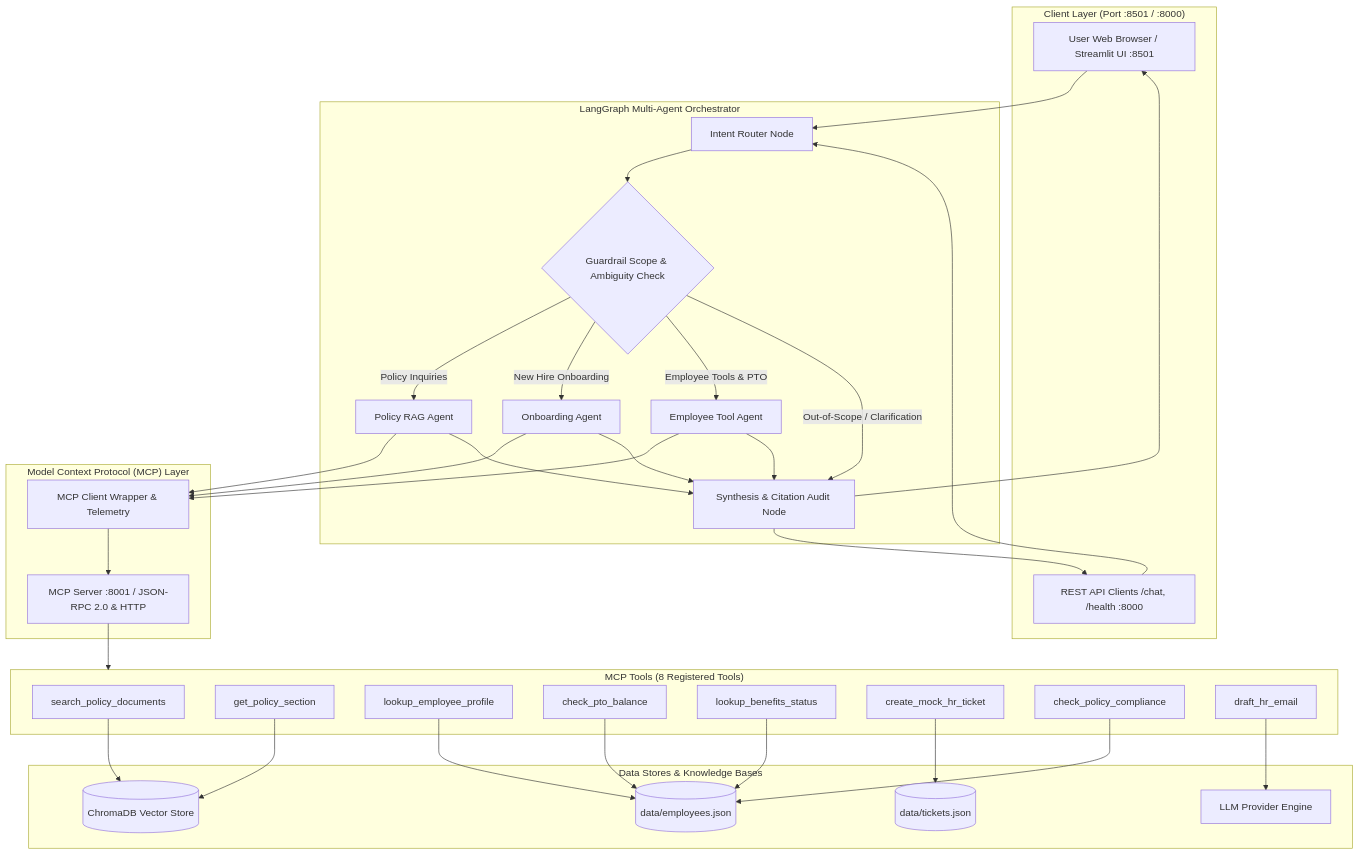
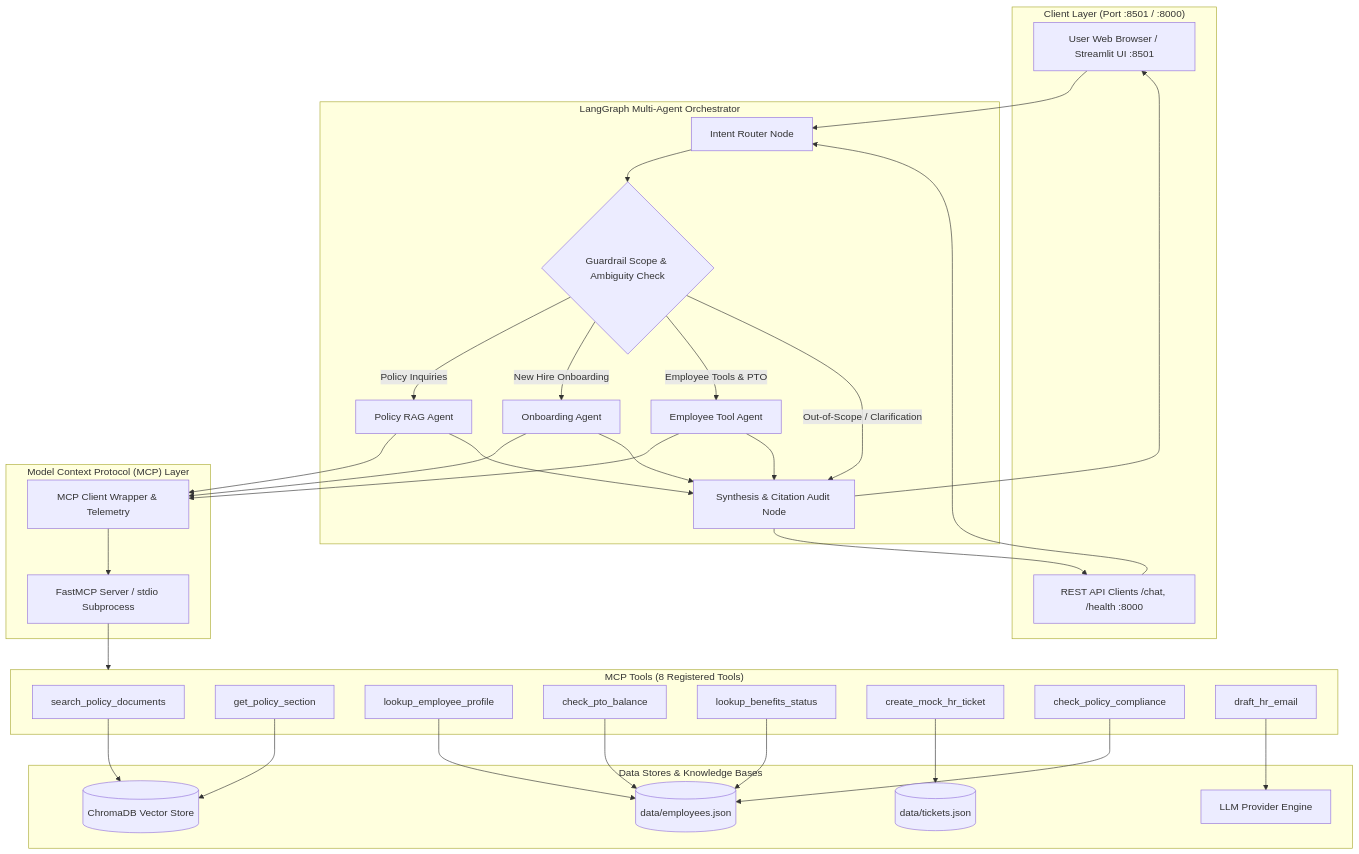
Before and after one commit to brettmorinaka/msaie-agentic-HR: the diagram in design-and-evaluation.md, drawn with Mermaid. The commit also changed other lines of this file and 19 other files, not shown here.

````diff
--- a/design-and-evaluation.md
+++ b/design-and-evaluation.md
@@ -13,69 +13,69 @@
 ```mermaid
 flowchart TD
     subgraph UI ["Client Layer (Port :8501 / :8000)"]
         A[User Web Browser / Streamlit UI :8501]
         B[REST API Clients /chat, /health :8000]
     end
 
     subgraph Orchestrator ["LangGraph Multi-Agent Orchestrator"]
         C[Intent Router Node]
         D{Guardrail Scope & Ambiguity Check}
         E[Policy RAG Agent]
         F[Onboarding Agent]
         G[Employee Tool Agent]
         H[Synthesis & Citation Audit Node]
     end
 
     subgraph MCP ["Model Context Protocol (MCP) Layer"]
         I[MCP Client Wrapper & Telemetry]
-        J[MCP Server :8001 / JSON-RPC 2.0 & HTTP]
+        J[FastMCP Server / stdio Subprocess]
     end
 
     subgraph Tools ["MCP Tools (8 Registered Tools)"]
         T1[search_policy_documents]
         T2[get_policy_section]
         T3[lookup_employee_profile]
         T4[check_pto_balance]
         T5[lookup_benefits_status]
         T6[create_mock_hr_ticket]
         T7[check_policy_compliance]
         T8[draft_hr_email]
     end
 
     subgraph Storage ["Data Stores & Knowledge Bases"]
         K[(ChromaDB Vector Store)]
         L[(data/employees.json)]
         M[(data/tickets.json)]
         N[LLM Provider Engine]
     end
 
     A --> C
     B --> C
     C --> D
     D -- "Policy Inquiries" --> E
     D -- "New Hire Onboarding" --> F
     D -- "Employee Tools & PTO" --> G
     D -- "Out-of-Scope / Clarification" --> H
 
     E --> I
     F --> I
     G --> I
 
     I --> J
     J --> Tools
 
     T1 --> K
     T2 --> K
     T3 --> L
     T4 --> L
     T5 --> L
     T6 --> M
     T7 --> L
     T8 --> N
 
     E --> H
     F --> H
     G --> H
     H --> A
     H --> B
 ```
````
